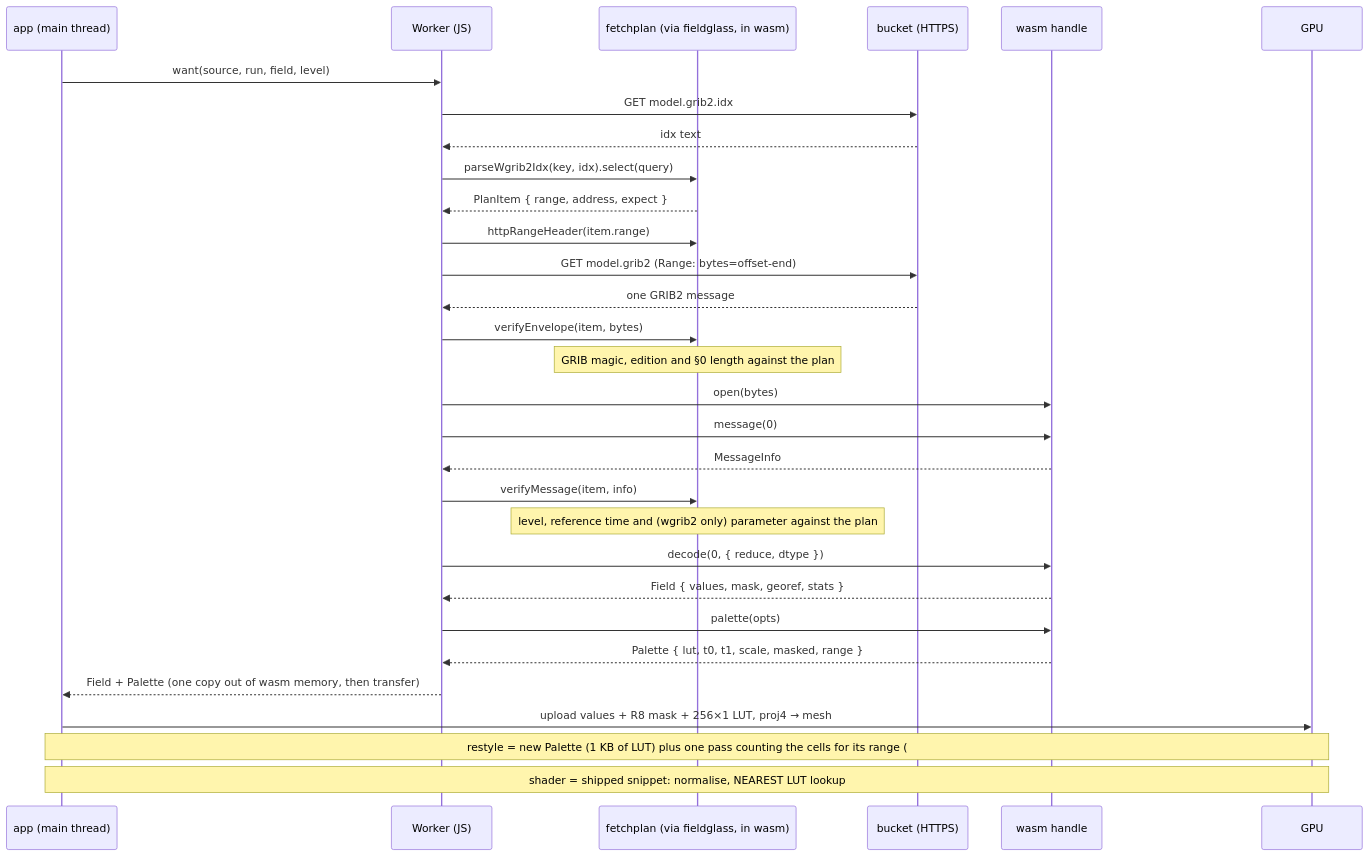
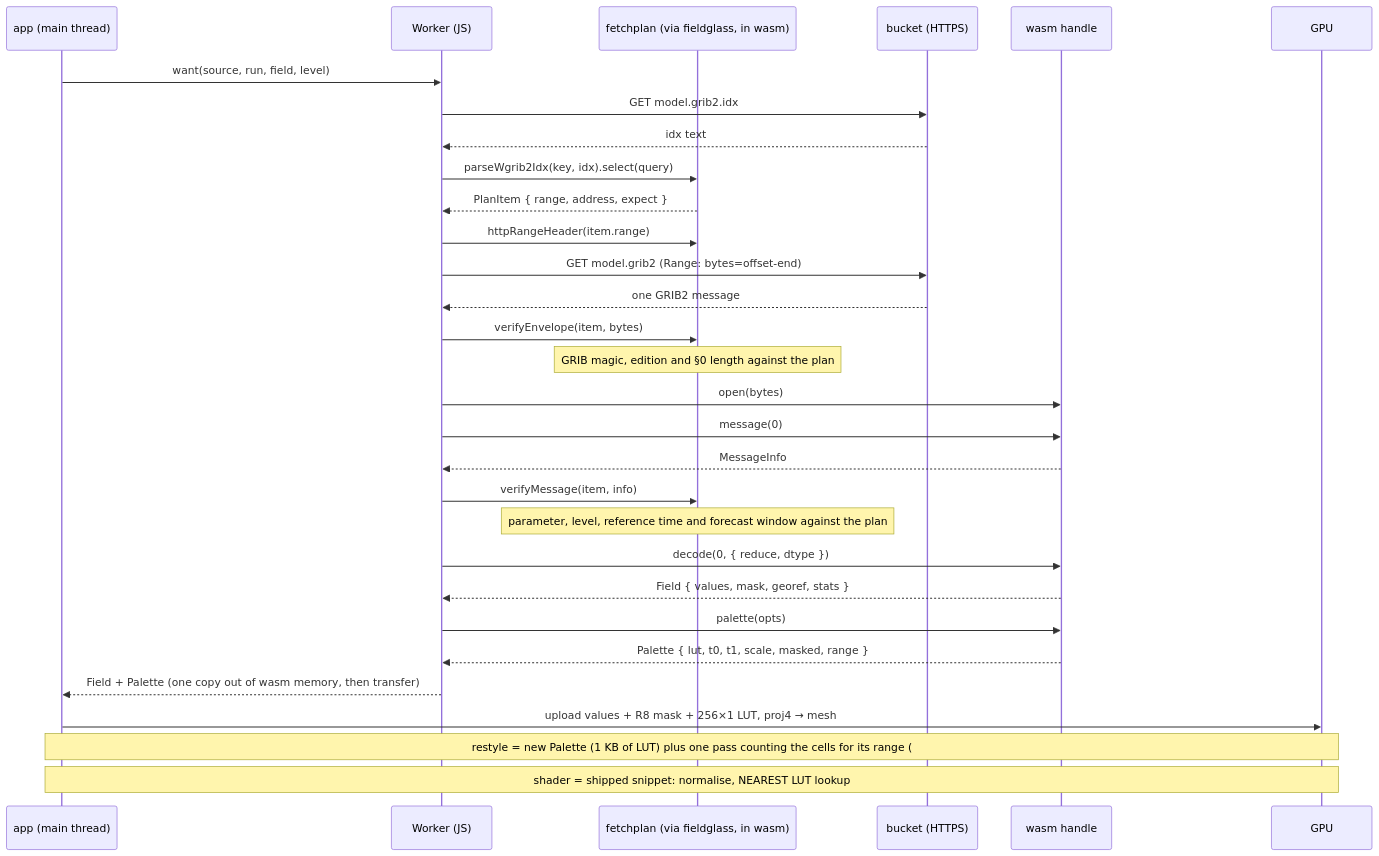
One commit to D0ubleD0uble/fieldglass changed the third of 3 diagrams in docs/architecture/planned/04-hosts.md. Above: the diagram before and after it, drawn with Mermaid. The commit also changed other lines of this file and 18 other files, not shown here.

````diff
--- a/docs/architecture/planned/04-hosts.md
+++ b/docs/architecture/planned/04-hosts.md
@@ -116,33 +116,33 @@
 ```mermaid
 sequenceDiagram
     participant A as app (main thread)
     participant W as Worker (JS)
     participant P as fetchplan (via fieldglass, in wasm)
     participant B as bucket (HTTPS)
     participant H as wasm handle
     participant G as GPU
 
     A->>W: want(source, run, field, level)
     W->>B: GET model.grib2.idx
     B-->>W: idx text
     W->>P: parseWgrib2Idx(key, idx).select(query)
     P-->>W: PlanItem { range, address, expect }
     W->>P: httpRangeHeader(item.range)
     W->>B: GET model.grib2 (Range: bytes=offset-end)
     B-->>W: one GRIB2 message
     W->>P: verifyEnvelope(item, bytes)
     Note over P: GRIB magic, edition and §0 length against the plan
     W->>H: open(bytes)
     W->>H: message(0)
     H-->>W: MessageInfo
     W->>P: verifyMessage(item, info)
-    Note over P: level, reference time and (wgrib2 only) parameter against the plan
+    Note over P: parameter, level, reference time and forecast window against the plan
     W->>H: decode(0, { reduce, dtype })
     H-->>W: Field { values, mask, georef, stats }
     W->>H: palette(opts)
     H-->>W: Palette { lut, t0, t1, scale, masked, range }
     W-->>A: Field + Palette (one copy out of wasm memory, then transfer)
     A->>G: upload values + R8 mask + 256×1 LUT, proj4 → mesh
     Note over A,G: restyle = new Palette (1 KB of LUT) plus one pass counting the cells for its range (#1156), no re-decode
     Note over A,G: shader = shipped snippet: normalise, NEAREST LUT lookup
 ```
````
